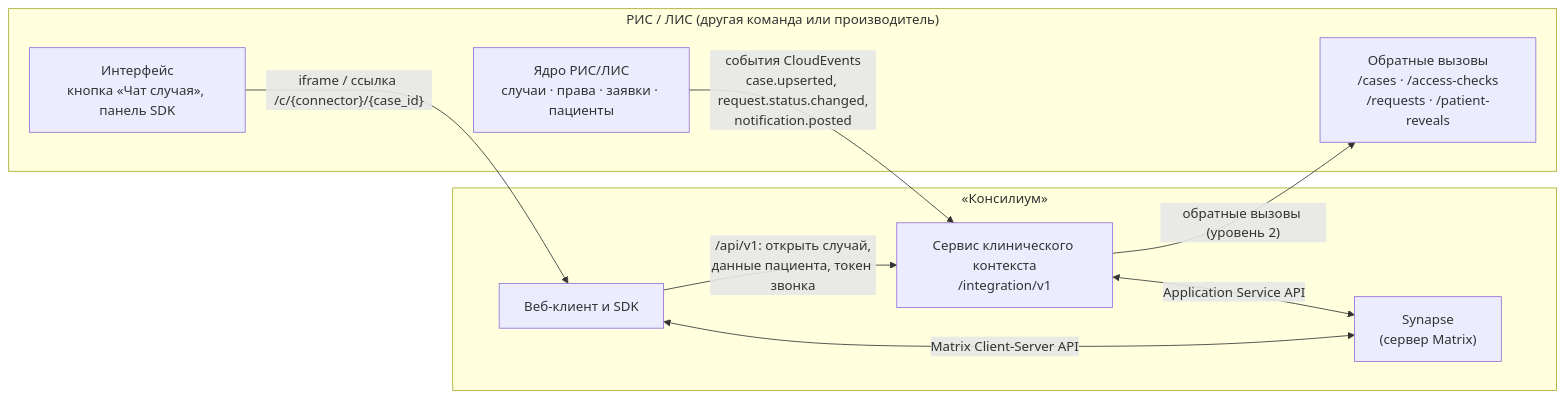
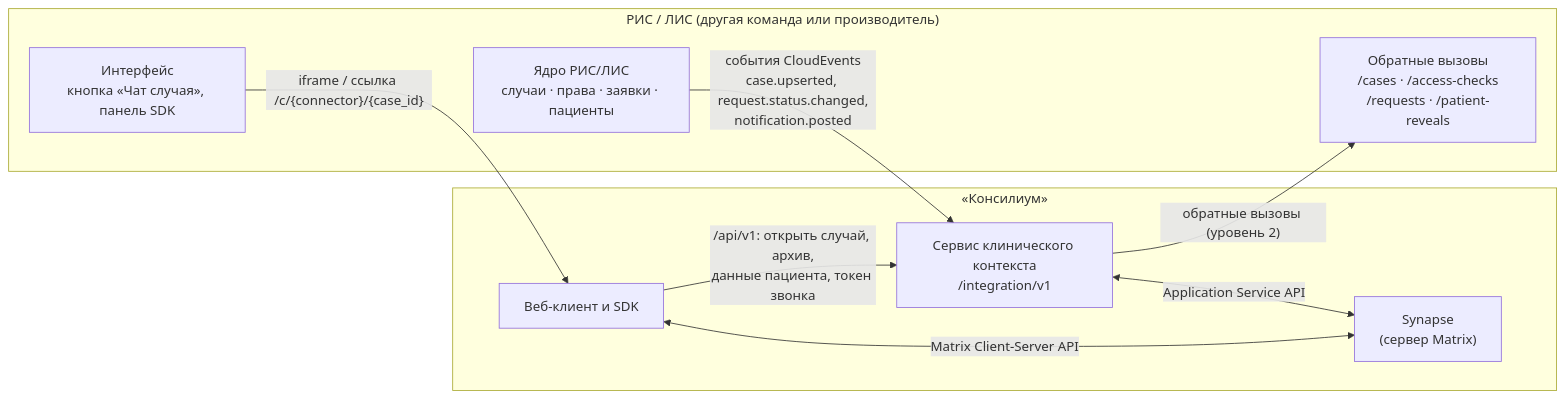
One commit to Joesanches/talkarch changed the first of 4 diagrams in docs/10-integration-api.md. Above: the diagram before and after it, drawn with Mermaid. The commit also changed other lines of this file and 41 other files, not shown here.

````diff
--- a/docs/10-integration-api.md
+++ b/docs/10-integration-api.md
@@ -32,19 +32,19 @@
 ```mermaid
 flowchart LR
   subgraph host["РИС / ЛИС (другая команда или производитель)"]
     ui["Интерфейс<br/>кнопка «Чат случая», панель SDK"]
     core["Ядро РИС/ЛИС<br/>случаи · права · заявки · пациенты"]
     cb["Обратные вызовы<br/>/cases · /access-checks<br/>/requests · /patient-reveals"]
   end
   subgraph k["«Консилиум»"]
     ccs["Сервис клинического контекста<br/>/integration/v1"]
     hs["Synapse<br/>(сервер Matrix)"]
     web["Веб-клиент и SDK"]
   end
   core -- "события CloudEvents<br/>case.upserted, request.status.changed,<br/>notification.posted" --> ccs
   ccs -- "обратные вызовы (уровень 2)" --> cb
   ccs <-- "Application Service API" --> hs
   ui -- "iframe / ссылка /c/{connector}/{case_id}" --> web
   web <-- "Matrix Client-Server API" --> hs
-  web -- "/api/v1: открыть случай,<br/>данные пациента, токен звонка" --> ccs
+  web -- "/api/v1: открыть случай, архив,<br/>данные пациента, токен звонка" --> ccs
 ```
````
